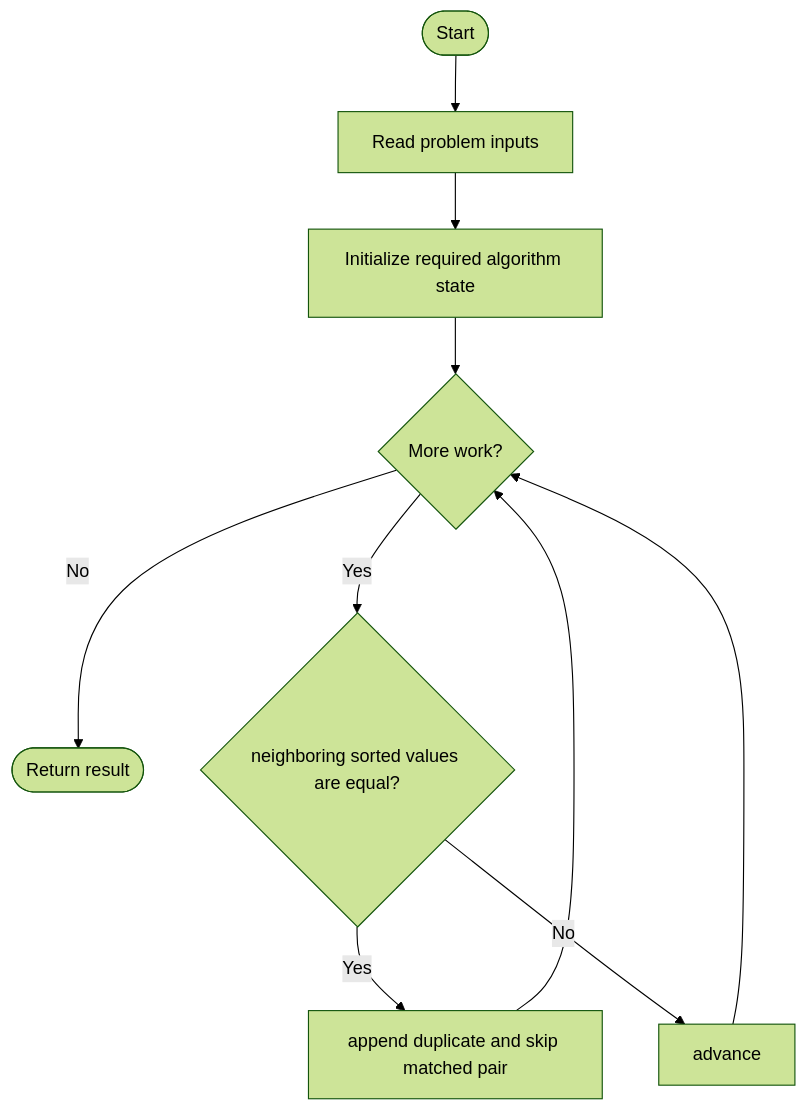
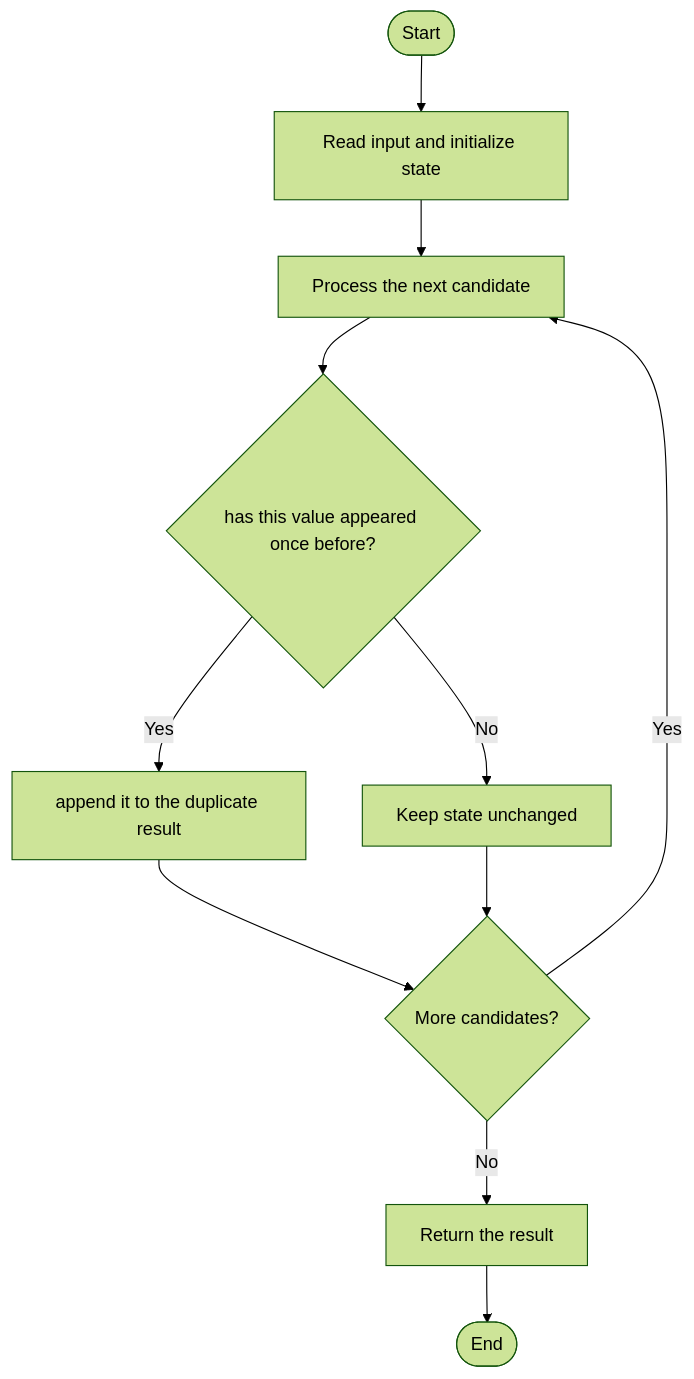
The diagram in LeetCode/3289/README.md (SAIDEEPBHANGE/C-CPP-Codes), drawn with Mermaid (forest theme) before and after one commit. The commit also changed other lines of this file and 196 other files, not shown here.

````diff
--- a/LeetCode/3289/README.md
+++ b/LeetCode/3289/README.md
@@ -13,12 +27,13 @@
 ```mermaid
 flowchart TD
-    A([Start]) --> B[Read problem inputs]
-    B --> C[Initialize required algorithm state]
-    C --> D{More work?}
-    D -- No --> Z([Return result])
-    D -- Yes --> E{neighboring sorted values are equal?}
-    E -- Yes --> F[append duplicate and skip matched pair]
-    E -- No --> G[advance]
-    F --> D
-    G --> D
+    A([Start]) --> B[Read input and initialize state]
+    B --> C[Process the next candidate]
+    C --> D{has this value appeared once before?}
+    D -->|Yes| E[append it to the duplicate result]
+    D -->|No| F[Keep state unchanged]
+    E --> G{More candidates?}
+    F --> G
+    G -->|Yes| C
+    G -->|No| H[Return the result]
+    H --> I([End])
 ```
````
